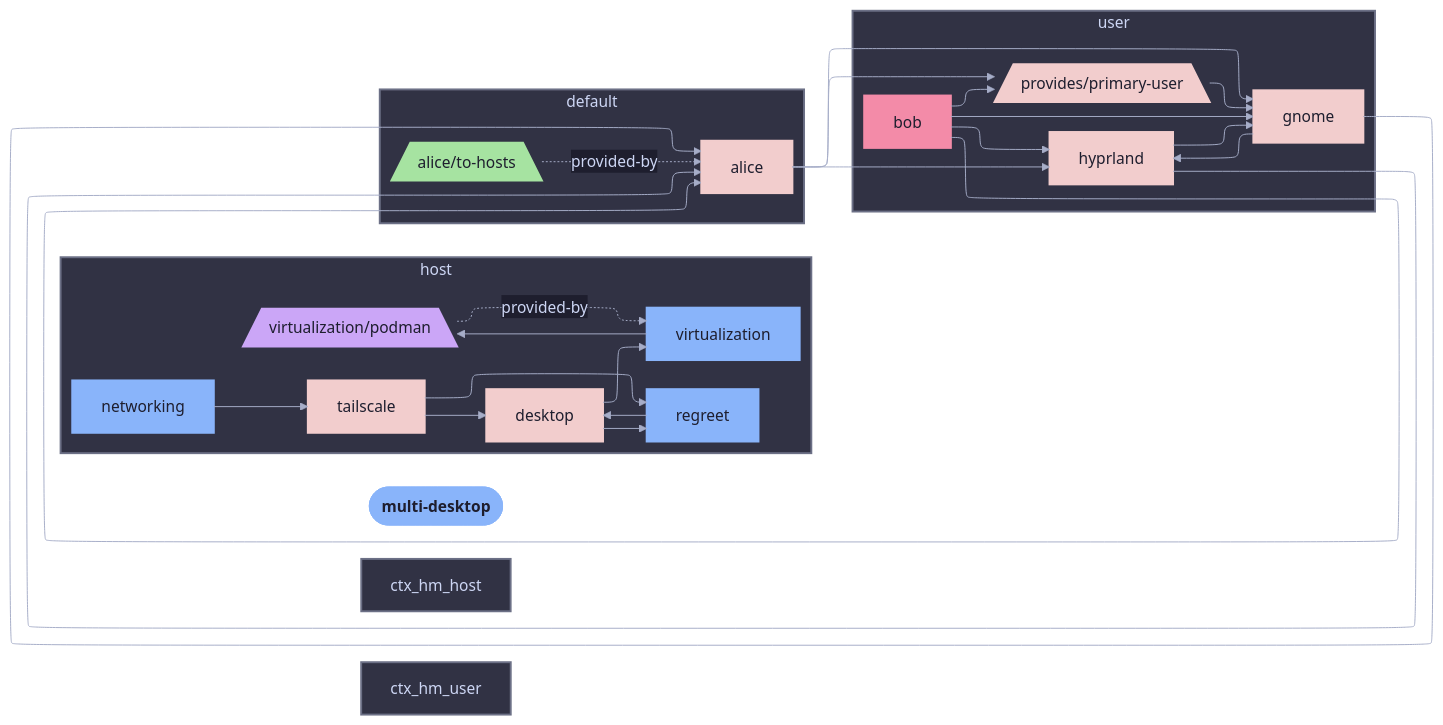
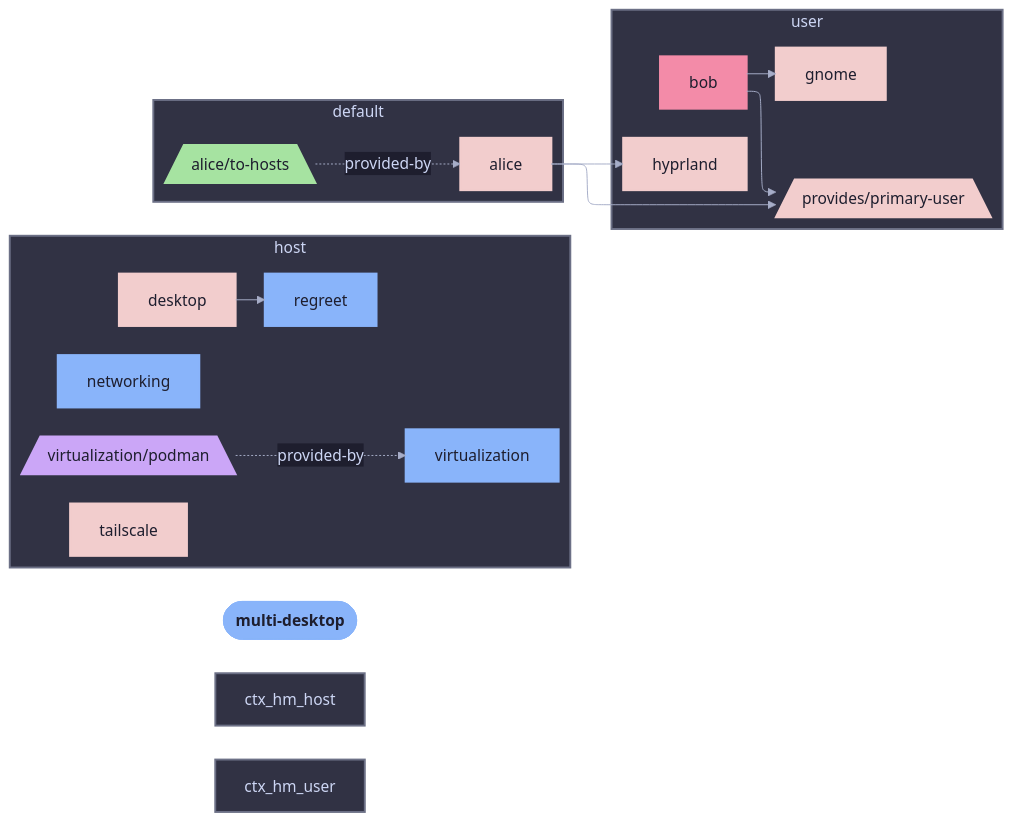
The diagram in templates/diag-fx-demo/diagrams/multi-desktop-declared.md (sini/den), drawn with Mermaid before and after one commit. The commit also changed 849 other files, not shown here.

Commit message:
chore: update fx diagrams

````diff
--- a/templates/diag-fx-demo/diagrams/multi-desktop-declared.md
+++ b/templates/diag-fx-demo/diagrams/multi-desktop-declared.md
@@ -5,66 +5,52 @@
 ```mermaid
 %%{init: {"elk":{"mergeEdges":true,"nodePlacementStrategy":"BRANDES_KOEPF"},"layout":"elk","theme":"base","themeVariables":{"activationBkgColor":"#313244","activationBorderColor":"#6c7086","actorBkg":"#313244","actorBorder":"#a6adc8","actorLineColor":"#a6adc8","actorTextColor":"#cdd6f4","background":"#1e1e2e","classText":"#cdd6f4","clusterBkg":"#313244","clusterBorder":"#6c7086","edgeLabelBackground":"#1e1e2e","labelBoxBkgColor":"#313244","labelBoxBorderColor":"#a6adc8","labelTextColor":"#cdd6f4","lineColor":"#a6adc8","loopTextColor":"#cdd6f4","mainBkg":"#313244","nodeBkg":"#313244","nodeBorder":"#a6adc8","nodeTextColor":"#cdd6f4","noteBkgColor":"#313244","noteBorderColor":"#6c7086","noteTextColor":"#cdd6f4","pie1":"#f38ba8","pie2":"#fab387","pie3":"#f9e2af","pie4":"#a6e3a1","pie5":"#94e2d5","pie6":"#89b4fa","pie7":"#cba6f7","pie8":"#f2cdcd","pieLegendTextColor":"#cdd6f4","pieOuterStrokeColor":"#6c7086","pieSectionTextColor":"#cdd6f4","pieStrokeColor":"#6c7086","pieTitleTextColor":"#cdd6f4","primaryBorderColor":"#a6adc8","primaryColor":"#313244","primaryTextColor":"#cdd6f4","secondBkg":"#313244","secondaryBorderColor":"#6c7086","secondaryColor":"#313244","secondaryTextColor":"#cdd6f4","sequenceNumberColor":"#1e1e2e","signalColor":"#a6adc8","signalTextColor":"#cdd6f4","tertiaryBorderColor":"#6c7086","tertiaryColor":"#313244","tertiaryTextColor":"#cdd6f4","textColor":"#cdd6f4","titleColor":"#cdd6f4"}}}%%
 graph LR
   multi_desktop([multi-desktop]):::root
 
   subgraph ctx_host["host"]
   desktop["desktop"]:::desktop_c
   networking["networking"]:::networking_c
   virtualization__podman[/"virtualization/podman"\]:::virtualization__podman_c
   regreet["regreet"]:::regreet_c
   tailscale["tailscale"]:::tailscale_c
   virtualization["virtualization"]:::virtualization_c
   desktop --> regreet
-  desktop --> virtualization
-  networking --> tailscale
-  regreet --> desktop
-  tailscale --> desktop
-  tailscale --> regreet
-  virtualization --> virtualization__podman
   virtualization__podman -.->|provided-by| virtualization
   end
   subgraph ctx_default["default"]
   alice__to_hosts[/"alice/to-hosts"\]:::alice__to_hosts_c
   alice__to_hosts -.->|provided-by| alice
   end
   subgraph ctx_user["user"]
   alice["alice"]:::alice_c
   bob["bob"]:::bob_c
   gnome["gnome"]:::gnome_c
   hyprland["hyprland"]:::hyprland_c
   den__provides__primary_user[/"provides/primary-user"\]:::den__provides__primary_user_c
   alice --> hyprland
   alice --> den__provides__primary_user
-  alice --> gnome
   bob --> gnome
   bob --> den__provides__primary_user
-  bob --> alice
-  bob --> hyprland
-  den__provides__primary_user --> gnome
-  gnome --> alice
-  gnome --> hyprland
-  hyprland --> alice
-  hyprland --> gnome
   end
 
 
   classDef root fill:#89b4fa,stroke:#89b4fa,color:#1e1e2e,font-weight:bold
   classDef alice_c fill:#f2cdcd,stroke:#f2cdcd,color:#1e1e2e,stroke-width:2px
   classDef bob_c fill:#f38ba8,stroke:#f38ba8,color:#1e1e2e,stroke-width:2px
   classDef desktop_c fill:#f2cdcd,stroke:#f2cdcd,color:#1e1e2e,stroke-width:2px
   classDef gnome_c fill:#f2cdcd,stroke:#f2cdcd,color:#1e1e2e,stroke-width:2px
   classDef hyprland_c fill:#f2cdcd,stroke:#f2cdcd,color:#1e1e2e,stroke-width:2px
   classDef multi_desktop_c fill:#f2cdcd,stroke:#f2cdcd,color:#1e1e2e,stroke-width:2px
   classDef networking_c fill:#89b4fa,stroke:#89b4fa,color:#1e1e2e,stroke-width:2px
   classDef virtualization__podman_c fill:#cba6f7,stroke:#cba6f7,color:#1e1e2e,stroke-width:2px
   classDef den__provides__primary_user_c fill:#f2cdcd,stroke:#f2cdcd,color:#1e1e2e,stroke-width:2px
   classDef regreet_c fill:#89b4fa,stroke:#89b4fa,color:#1e1e2e,stroke-width:2px
   classDef tailscale_c fill:#f2cdcd,stroke:#f2cdcd,color:#1e1e2e,stroke-width:2px
   classDef alice__to_hosts_c fill:#a6e3a1,stroke:#a6e3a1,color:#1e1e2e,stroke-width:2px
   classDef virtualization_c fill:#89b4fa,stroke:#89b4fa,color:#1e1e2e,stroke-width:2px
 style ctx_host fill:#313244,stroke:#6c7086,stroke-width:2px
 style ctx_default fill:#313244,stroke:#6c7086,stroke-width:2px
 style ctx_hm_host fill:#313244,stroke:#6c7086,stroke-width:2px
 style ctx_hm_user fill:#313244,stroke:#6c7086,stroke-width:2px
 style ctx_user fill:#313244,stroke:#6c7086,stroke-width:2px
 ```
````
